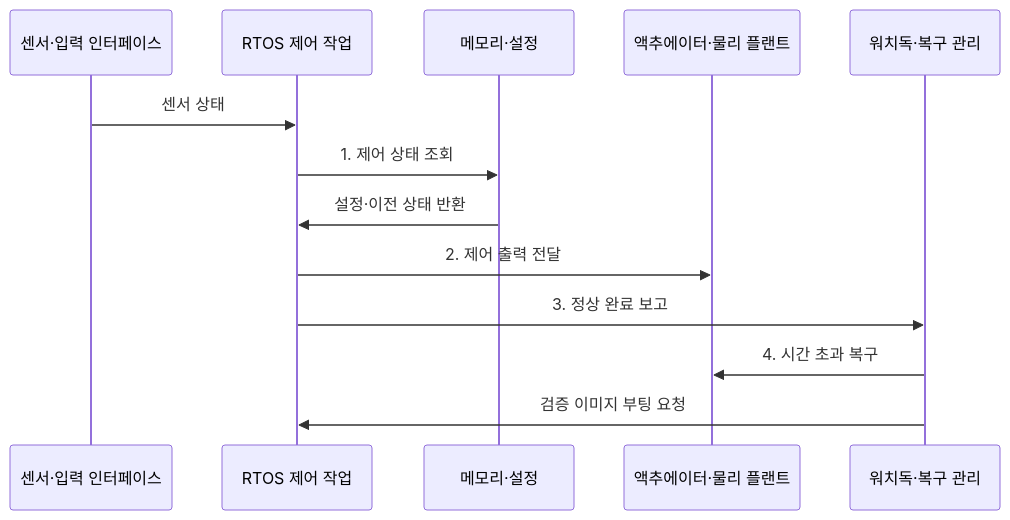
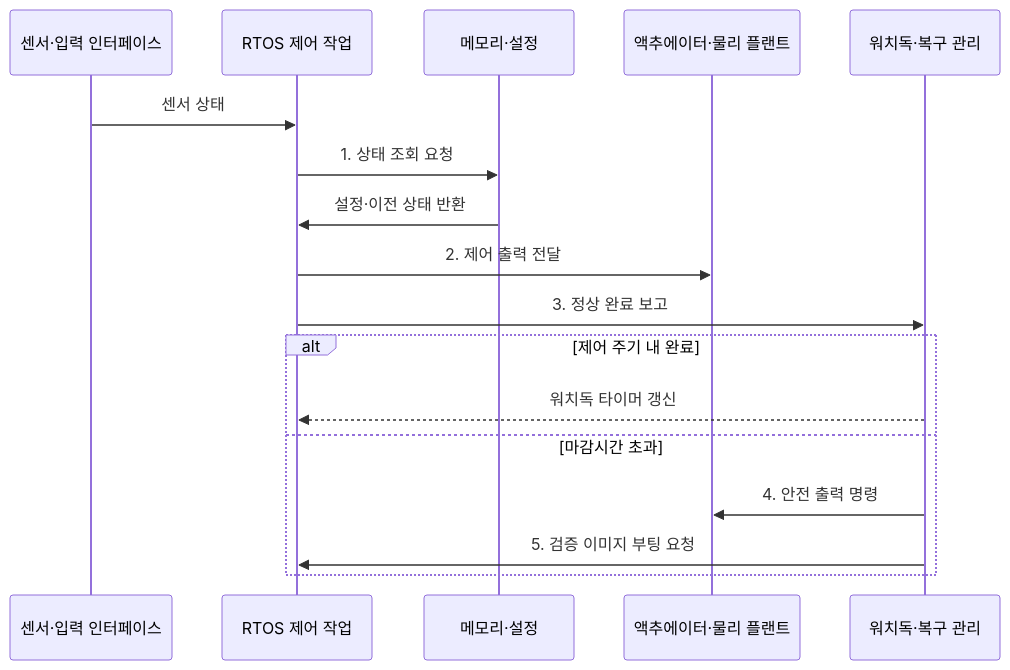
The second of 2 diagrams in src/content/docs/notes/02-hardware/060_embedded_system_architecture.md (agnusdei1207/knowledge-base), drawn with Mermaid before and after one commit. The commit also changed other lines of this file and 20 other files, not shown here.

````diff
--- a/src/content/docs/notes/02-hardware/060_embedded_system_architecture.md
+++ b/src/content/docs/notes/02-hardware/060_embedded_system_architecture.md
@@ -94,16 +96,20 @@
 ```mermaid
 sequenceDiagram
     participant S as 센서·입력 인터페이스
     participant C as RTOS 제어 작업
     participant M as 메모리·설정
     participant O as 액추에이터·물리 플랜트
     participant W as 워치독·복구 관리
 
     S->>C: 센서 상태
-    C->>M: 1. 제어 상태 조회
+    C->>M: 1. 상태 조회 요청
     M->>C: 설정·이전 상태 반환
     C->>O: 2. 제어 출력 전달
     C->>W: 3. 정상 완료 보고
-    W->>O: 4. 시간 초과 복구
-    W->>C: 검증 이미지 부팅 요청
+    alt 제어 주기 내 완료
+        W-->>C: 워치독 타이머 갱신
+    else 마감시간 초과
+        W->>O: 4. 안전 출력 명령
+        W->>C: 5. 검증 이미지 부팅 요청
+    end
 ```
````
